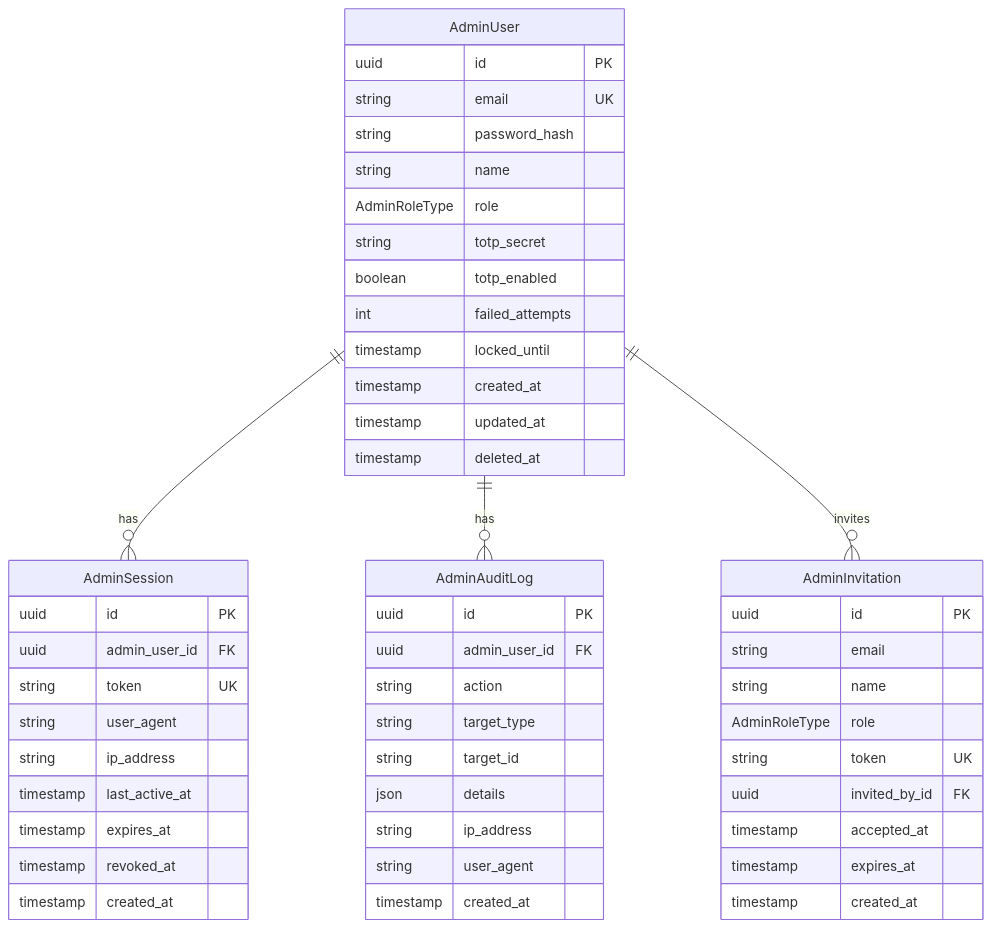
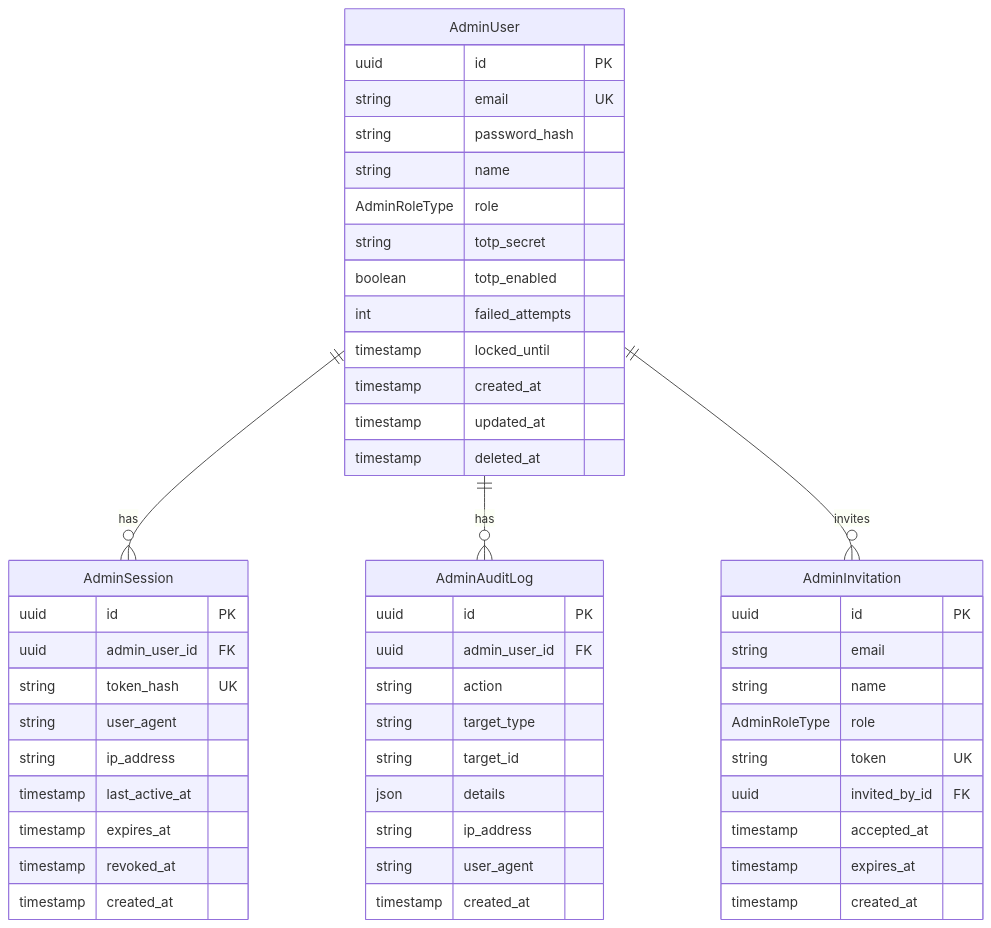
One commit to tsutsumi389/agentest changed the diagram in docs/architecture/database/admin-auth.md. Above: the diagram before and after it, drawn with Mermaid. The commit also changed other lines of this file and 29 other files, not shown here.

````diff
--- a/docs/architecture/database/admin-auth.md
+++ b/docs/architecture/database/admin-auth.md
@@ -191,57 +196,57 @@
 ```mermaid
 erDiagram
     AdminUser ||--o{ AdminSession : "has"
     AdminUser ||--o{ AdminAuditLog : "has"
     AdminUser ||--o{ AdminInvitation : "invites"
 
     AdminUser {
         uuid id PK
         string email UK
         string password_hash
         string name
         AdminRoleType role
         string totp_secret
         boolean totp_enabled
         int failed_attempts
         timestamp locked_until
         timestamp created_at
         timestamp updated_at
         timestamp deleted_at
     }
 
     AdminSession {
         uuid id PK
         uuid admin_user_id FK
-        string token UK
+        string token_hash UK
         string user_agent
         string ip_address
         timestamp last_active_at
         timestamp expires_at
         timestamp revoked_at
         timestamp created_at
     }
 
     AdminAuditLog {
         uuid id PK
         uuid admin_user_id FK
         string action
         string target_type
         string target_id
         json details
         string ip_address
         string user_agent
         timestamp created_at
     }
 
     AdminInvitation {
         uuid id PK
         string email
         string name
         AdminRoleType role
         string token UK
         uuid invited_by_id FK
         timestamp accepted_at
         timestamp expires_at
         timestamp created_at
     }
 ```
````
